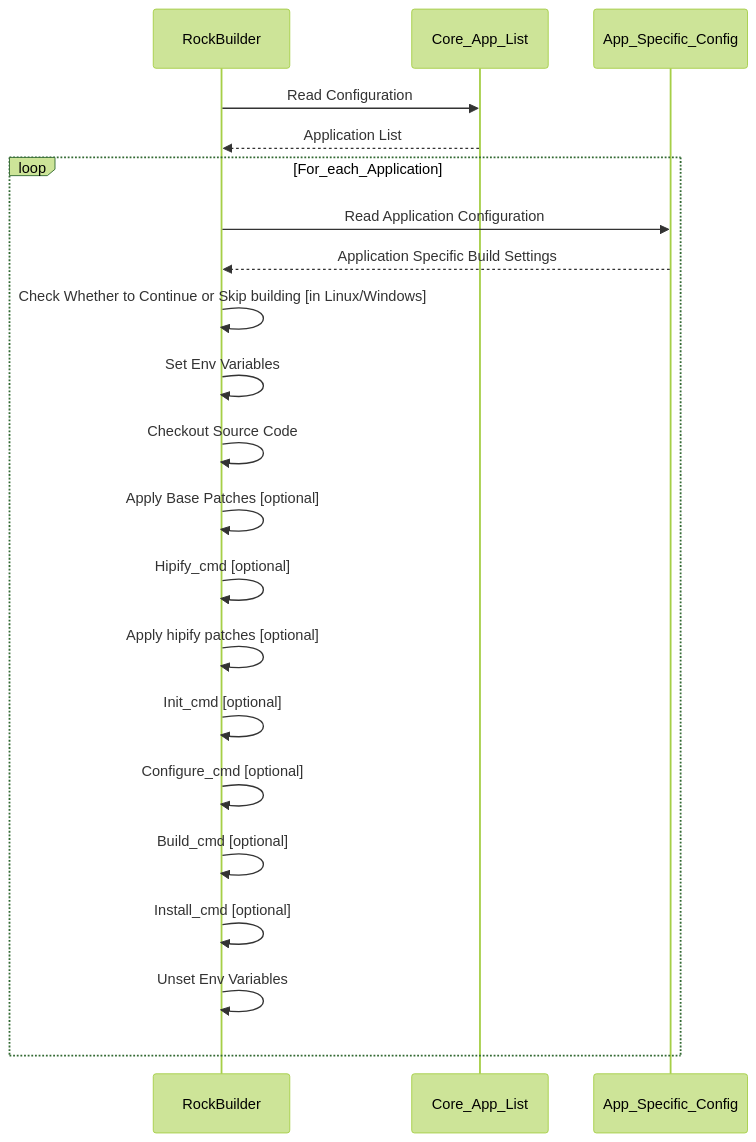
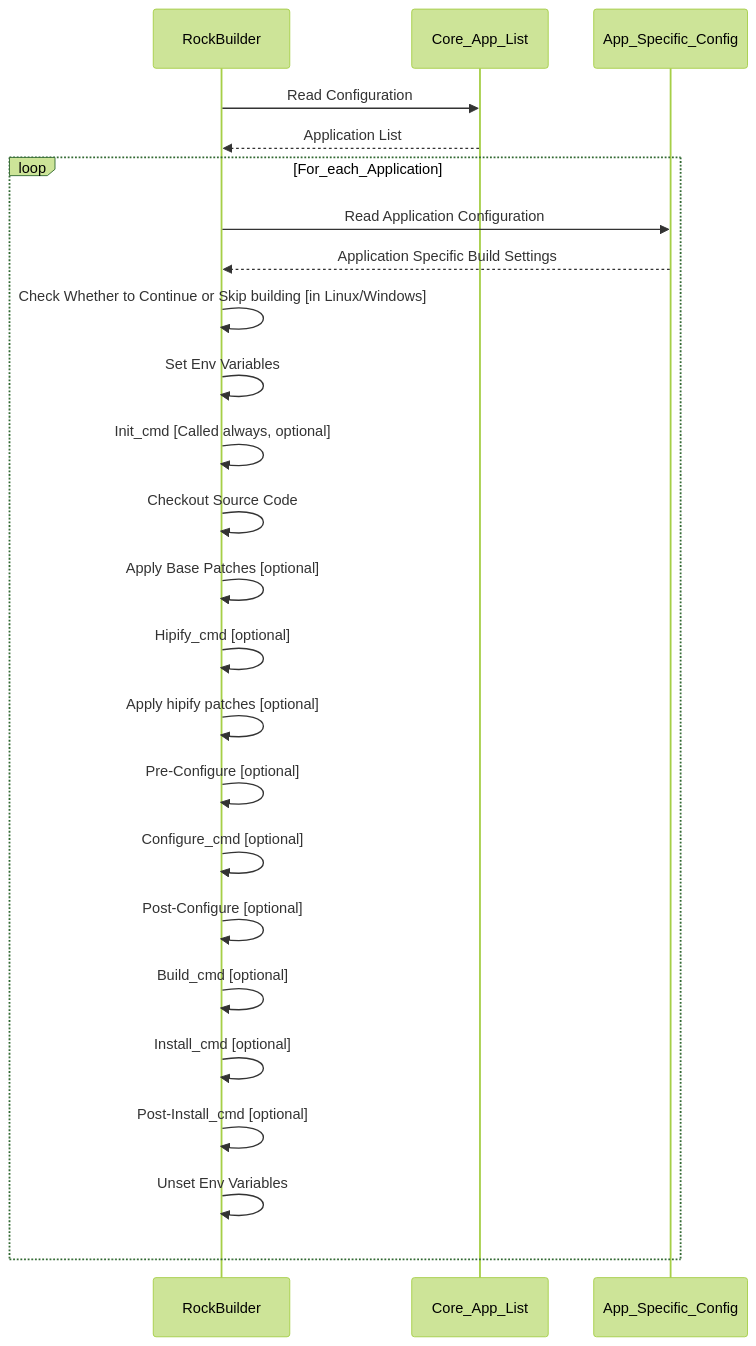
Before and after one commit to ROCm/rockbuilder: the diagram in CONFIG.md, drawn with Mermaid (forest theme). The commit also changed 22 other files, not shown here.

First line of the commit message:
execute always init_cmd in the beginning

````diff
--- a/CONFIG.md
+++ b/CONFIG.md
@@ -11,23 +11,26 @@
 ```mermaid
 sequenceDiagram
     participant RockBuilder
     participant Core_App_List
     RockBuilder->>Core_App_List: Read Configuration
     Core_App_List-->>RockBuilder: Application List
 
     loop For_each_Application
         RockBuilder->>App_Specific_Config: Read Application Configuration
         App_Specific_Config-->>RockBuilder: Application Specific Build Settings
         RockBuilder->>RockBuilder: Check Whether to Continue or Skip building [in Linux/Windows]
         RockBuilder->>RockBuilder: Set Env Variables
+        RockBuilder->>RockBuilder: Init_cmd [Called always, optional]
         RockBuilder->>RockBuilder: Checkout Source Code
         RockBuilder->>RockBuilder: Apply Base Patches [optional]
         RockBuilder->>RockBuilder: Hipify_cmd [optional]
         RockBuilder->>RockBuilder: Apply hipify patches [optional]
-        RockBuilder->>RockBuilder: Init_cmd [optional]
+        RockBuilder->>RockBuilder: Pre-Configure [optional]
         RockBuilder->>RockBuilder: Configure_cmd [optional]
+        RockBuilder->>RockBuilder: Post-Configure [optional]
         RockBuilder->>RockBuilder: Build_cmd [optional]
         RockBuilder->>RockBuilder: Install_cmd [optional]
+        RockBuilder->>RockBuilder: Post-Install_cmd [optional]
         RockBuilder->>RockBuilder: Unset Env Variables
     end
 ```
````
